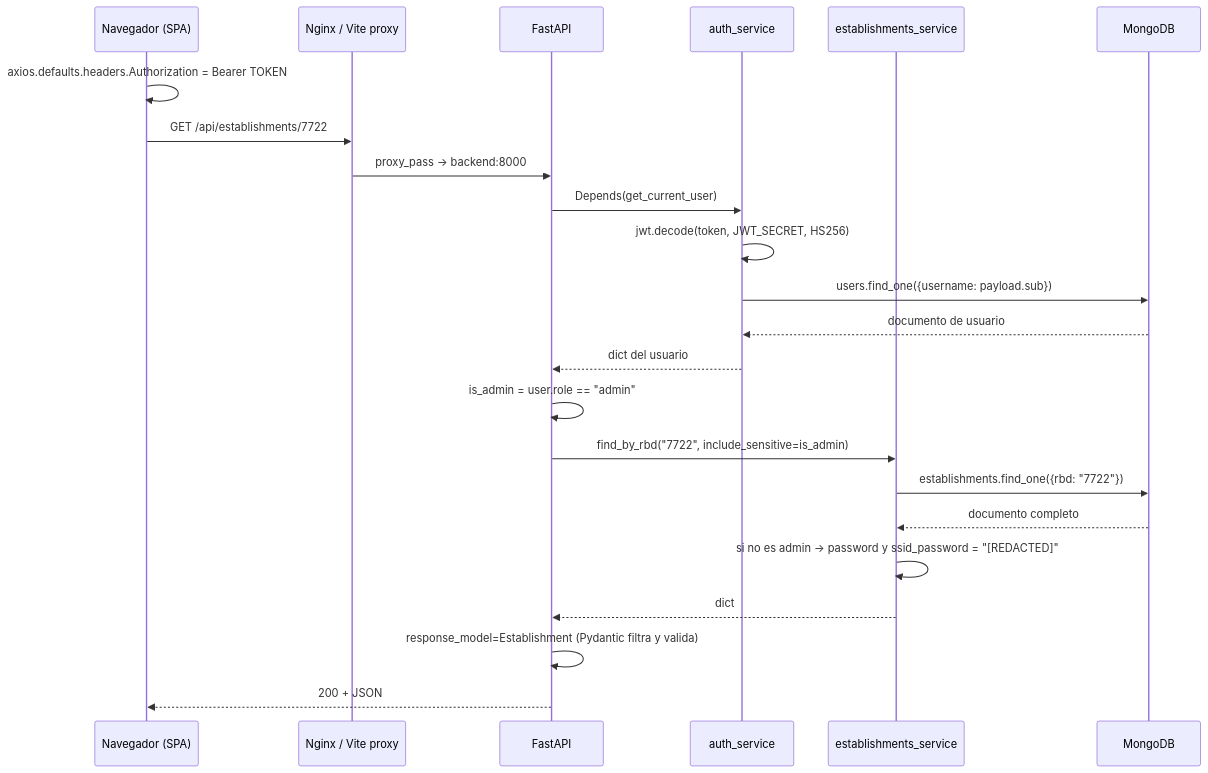
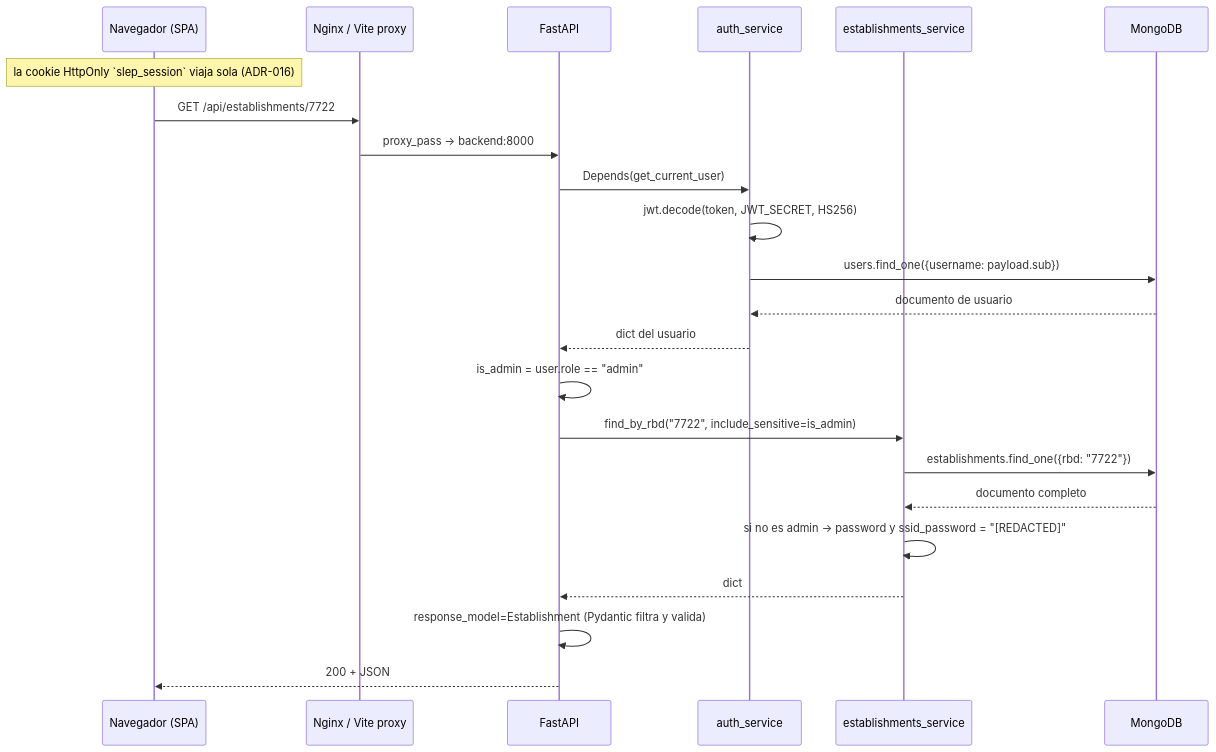
The third of 3 diagrams in Documentacion/01-arquitectura.md (TomasManriquez/Gestion-de-establecimientos), drawn with Mermaid before and after one commit. The commit also changed other lines of this file and 24 other files, not shown here.

First line of the commit message:
feat(auth): sesion en cookie HttpOnly en lugar de localStorage (F6 S3, ADR-016)

````diff
--- a/Documentacion/01-arquitectura.md
+++ b/Documentacion/01-arquitectura.md
@@ -281,26 +281,26 @@
 ```mermaid
 sequenceDiagram
     participant B as Navegador (SPA)
     participant N as Nginx / Vite proxy
     participant F as FastAPI
     participant A as auth_service
     participant S as establishments_service
     participant M as MongoDB
 
-    B->>B: axios.defaults.headers.Authorization = Bearer TOKEN
+    Note over B: la cookie HttpOnly `slep_session` viaja sola (ADR-016)
     B->>N: GET /api/establishments/7722
     N->>F: proxy_pass → backend:8000
     F->>A: Depends(get_current_user)
     A->>A: jwt.decode(token, JWT_SECRET, HS256)
     A->>M: users.find_one({username: payload.sub})
     M-->>A: documento de usuario
     A-->>F: dict del usuario
     F->>F: is_admin = user.role == "admin"
     F->>S: find_by_rbd("7722", include_sensitive=is_admin)
     S->>M: establishments.find_one({rbd: "7722"})
     M-->>S: documento completo
     S->>S: si no es admin → password y ssid_password = "[REDACTED]"
     S-->>F: dict
     F->>F: response_model=Establishment (Pydantic filtra y valida)
     F-->>B: 200 + JSON
 ```
````
